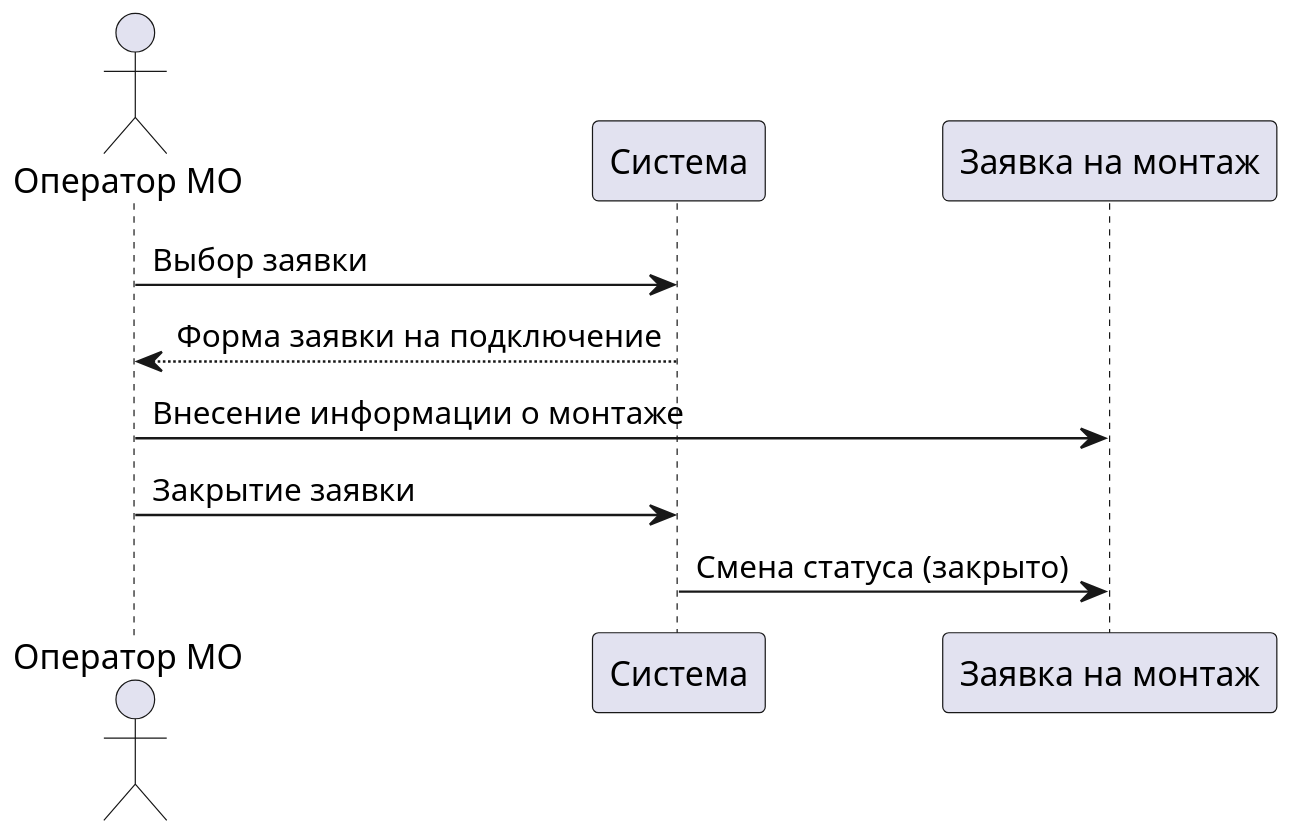
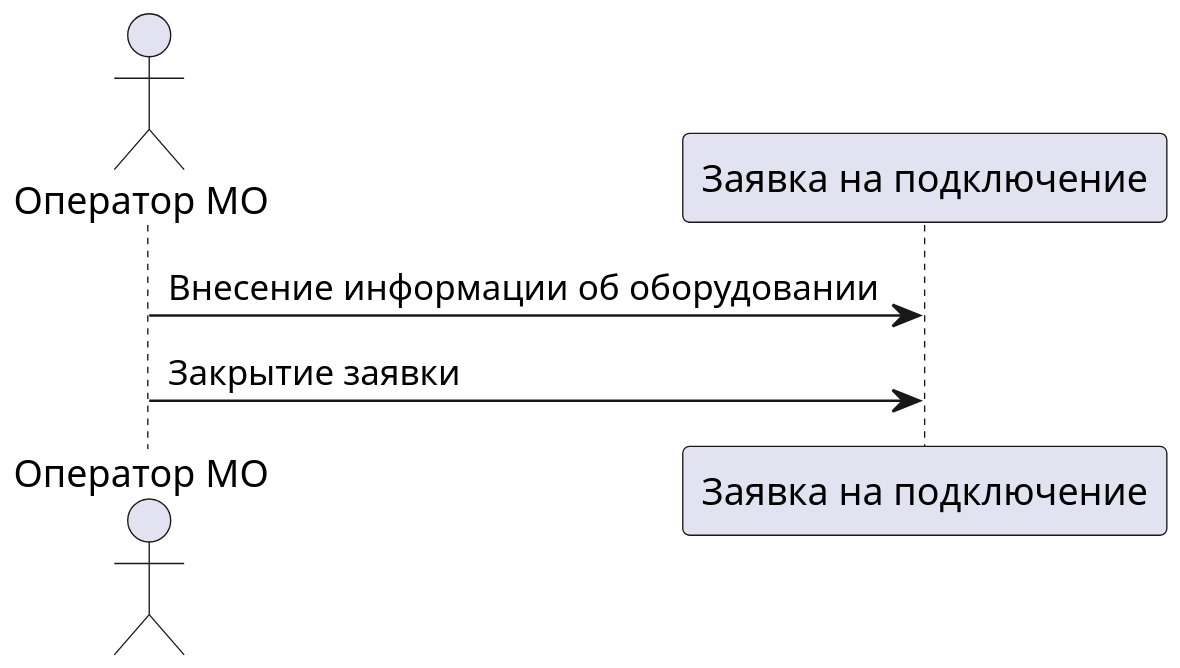
Before and after one commit to Gradergage/software-design-2018: the fourth of 4 diagrams in src/uml/dynamic.puml, drawn with PlantUML. The commit also changed other lines of this file and 16 other files, not shown here.

```diff
--- a/src/uml/dynamic.puml
+++ b/src/uml/dynamic.puml
@@ -90,12 +89,8 @@
 @startuml
 'Оператор МО'
-skinparam dpi 180
+skinparam dpi 200
 actor "Оператор МО" as A
-participant "Система" as D
-participant "Заявка на монтаж" as B
-A->D : Выбор заявки
-D --> A : Форма заявки на подключение
-A->B : Внесение информации о монтаже
-A->D : Закрытие заявки
-D->B : Смена статуса (закрыто)
+participant "Заявка на подключение" as B
+A->B : Внесение информации об оборудовании
+A->B : Закрытие заявки
 @enduml
```
